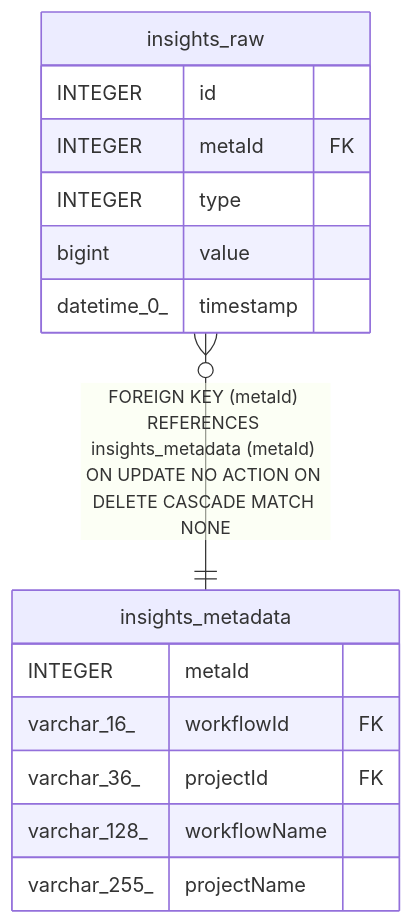
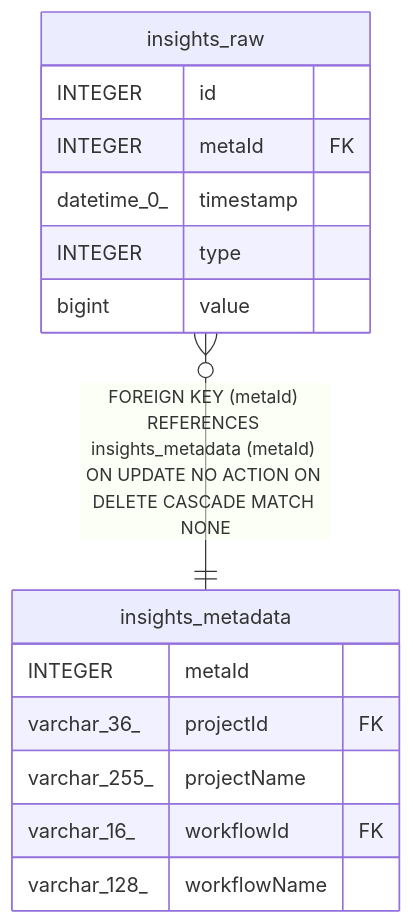
One commit to mayankjain1815-commits/n8n changed the diagram in docs/generated/sqlite-schema/insights_raw.md. Above: the diagram before and after it, drawn with Mermaid. The commit also changed other lines of this file and 221 other files, not shown here.

Commit message:
chore(core): Make DB schema docs generation deterministic (#32373)

````diff
--- a/docs/generated/sqlite-schema/insights_raw.md
+++ b/docs/generated/sqlite-schema/insights_raw.md
@@ -39,20 +39,20 @@
 ```mermaid
 erDiagram
 
 "insights_raw" }o--|| "insights_metadata" : "FOREIGN KEY (metaId) REFERENCES insights_metadata (metaId) ON UPDATE NO ACTION ON DELETE CASCADE MATCH NONE"
 
 "insights_raw" {
   INTEGER id
   INTEGER metaId FK
+  datetime_0_ timestamp
   INTEGER type
   bigint value
-  datetime_0_ timestamp
 }
 "insights_metadata" {
   INTEGER metaId
+  varchar_36_ projectId FK
+  varchar_255_ projectName
   varchar_16_ workflowId FK
-  varchar_36_ projectId FK
   varchar_128_ workflowName
-  varchar_255_ projectName
 }
 ```
````
